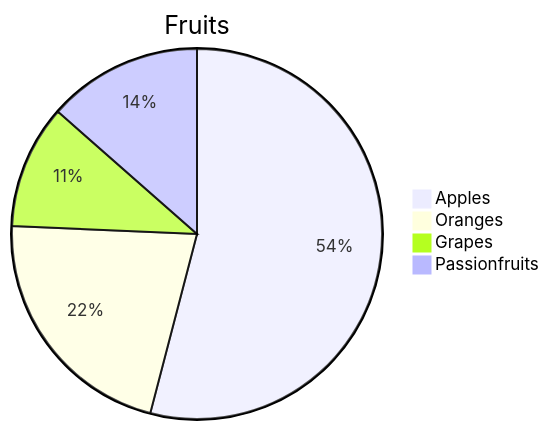
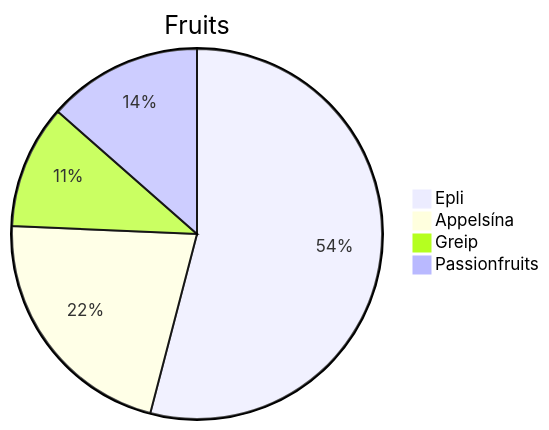
The diagram in pieverk.md (thorallover/gitvor23), drawn with Mermaid before and after one commit.

````diff
--- a/pieverk.md
+++ b/pieverk.md
@@ -1,8 +1,8 @@
 ```mermaid
 pie
     title Fruits
-    "Apples" : 50
-    "Oranges" : 20
-    "Grapes" : 9.99
+    "Epli" : 50
+    "Appelsína" : 20
+    "Greip" : 9.99
     "Passionfruits" : 12.5
 ```
````
